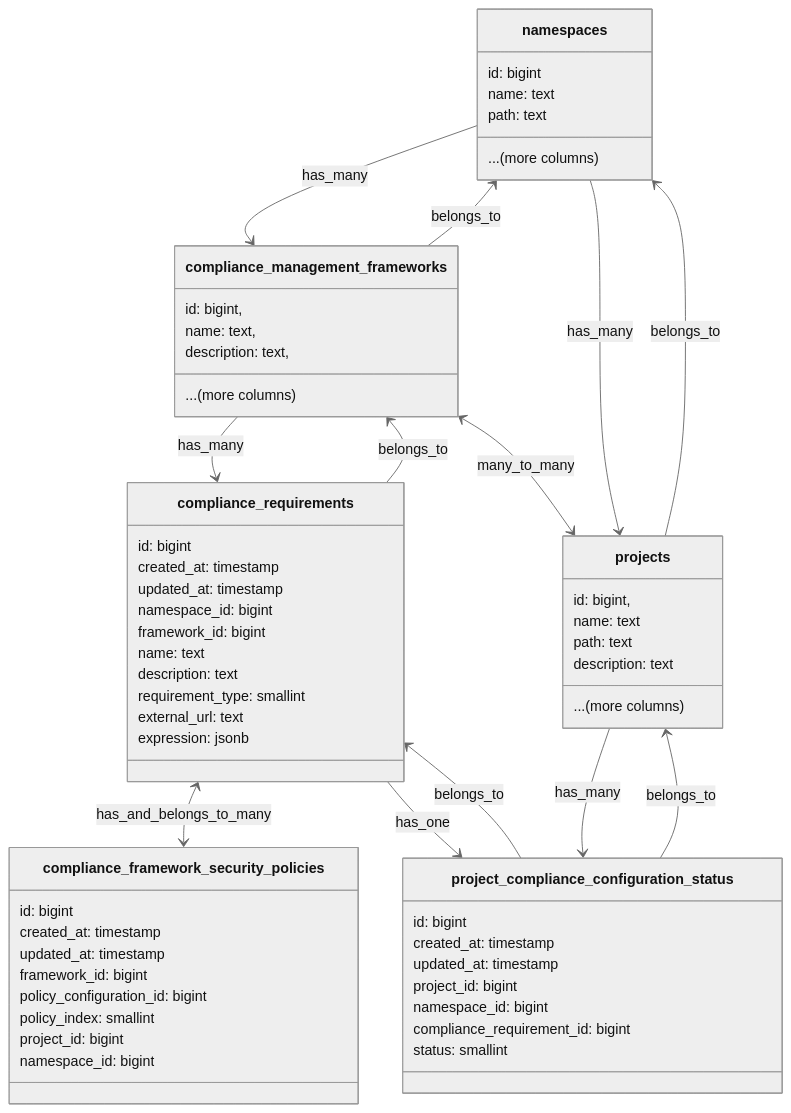
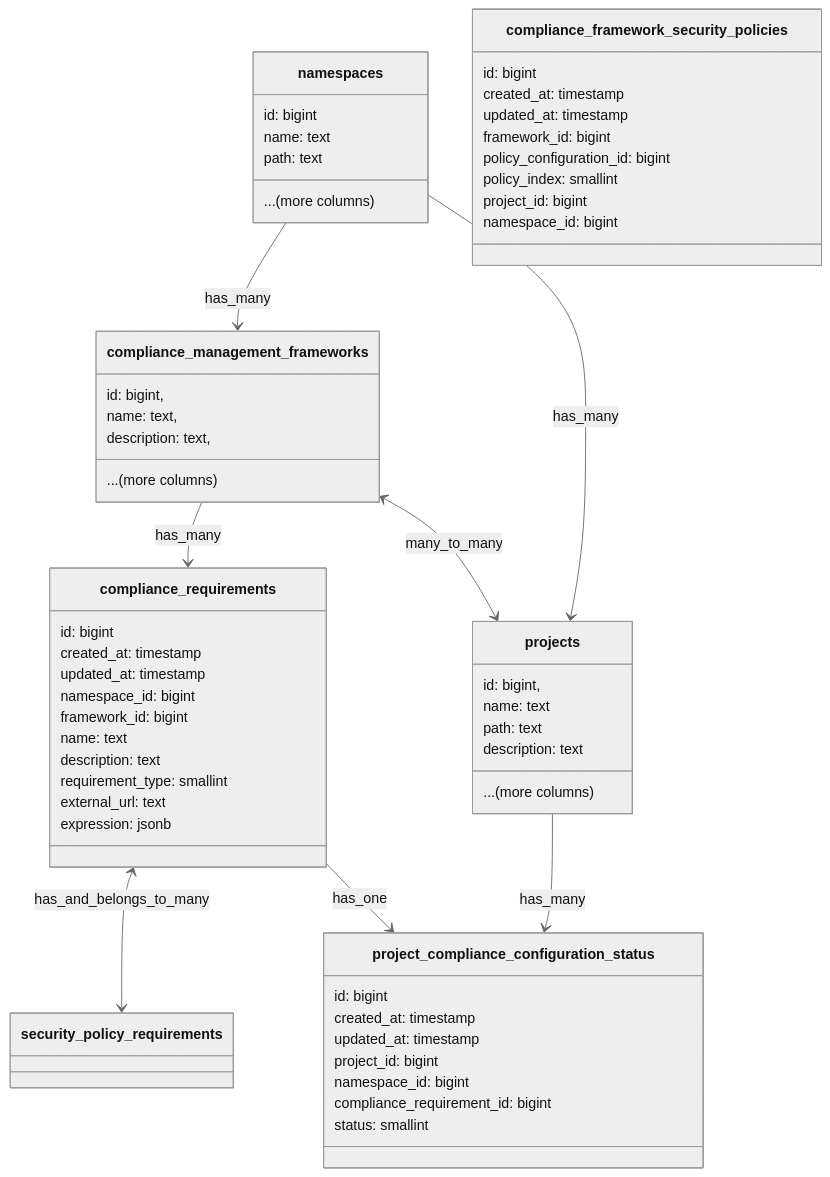
Before and after one commit to zalyoung/gitlab-handbook: the diagram in content/handbook/engineering/architecture/design-documents/compliance-adherence-reporting/decisions/003_custom_controls.md, drawn with Mermaid (neutral theme). The commit also changed 2 other files, not shown here.

Commit message:
Remove unnecessary belongs_to

````diff
--- a/content/handbook/engineering/architecture/design-documents/compliance-adherence-reporting/decisions/003_custom_controls.md
+++ b/content/handbook/engineering/architecture/design-documents/compliance-adherence-reporting/decisions/003_custom_controls.md
@@ -216,69 +216,64 @@
 ```mermaid
     classDiagram
 class namespaces {
     id: bigint
     name: text
     path: text
     ...(more columns)
 }
 class projects {
     id: bigint,
     name: text
     path: text
     description: text
     ...(more columns)
 }
 class compliance_management_frameworks {
     id: bigint,
     name: text,
     description: text,
     ...(more columns)
 }
 
 class compliance_requirements {
     id: bigint
     created_at: timestamp
     updated_at: timestamp
     namespace_id: bigint
     framework_id: bigint
     name: text
     description: text
     requirement_type: smallint
     external_url: text
     expression: jsonb
 }
 
 class project_compliance_configuration_status {
     id: bigint
     created_at: timestamp
     updated_at: timestamp
     project_id: bigint
     namespace_id: bigint
     compliance_requirement_id: bigint
     status: smallint
 }
 
 class compliance_framework_security_policies {
     id: bigint
     created_at: timestamp
     updated_at: timestamp
     framework_id: bigint
     policy_configuration_id: bigint
     policy_index: smallint
     project_id: bigint
     namespace_id: bigint
 }
 
 compliance_management_frameworks --> compliance_requirements : has_many
-compliance_management_frameworks <-- compliance_requirements : belongs_to
 compliance_management_frameworks <--> projects : many_to_many
-compliance_requirements <--> compliance_framework_security_policies : has_and_belongs_to_many
+compliance_requirements <--> security_policy_requirements : has_and_belongs_to_many
 projects <-- namespaces : has_many
-projects --> namespaces : belongs_to
 namespaces --> compliance_management_frameworks : has_many
-namespaces <-- compliance_management_frameworks : belongs_to
 projects --> project_compliance_configuration_status : has_many
-projects <-- project_compliance_configuration_status : belongs_to
 compliance_requirements --> project_compliance_configuration_status : has_one
-compliance_requirements <-- project_compliance_configuration_status : belongs_to
 ```
````
